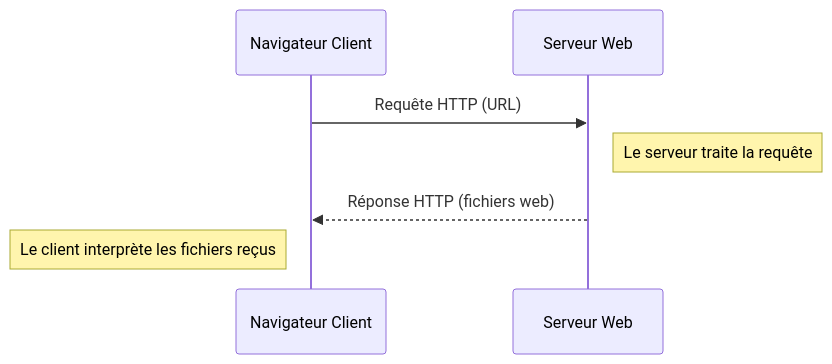
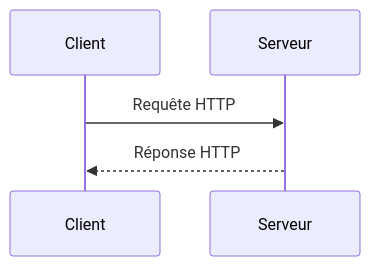
One commit to michaellaunay/NotesPubliques changed the first of 3 diagrams in cours/HTTP.md. Above: the diagram before and after it, drawn with Mermaid. The commit also changed other lines of this file, not shown here.

````diff
--- a/cours/HTTP.md
+++ b/cours/HTTP.md
@@ -91,9 +146,7 @@
 ```mermaid
 sequenceDiagram
-  participant Client as Navigateur Client
-  participant Server as Serveur Web
-  Client->>Server: Requête HTTP (URL)
-  Note right of Server: Le serveur traite la requête
-  Server-->>Client: Réponse HTTP (fichiers web)
-  Note left of Client: Le client interprète les fichiers reçus
+    participant C as Client
+    participant S as Serveur
+    C->>S: Requête HTTP
+    S-->>C: Réponse HTTP
 ```
````
